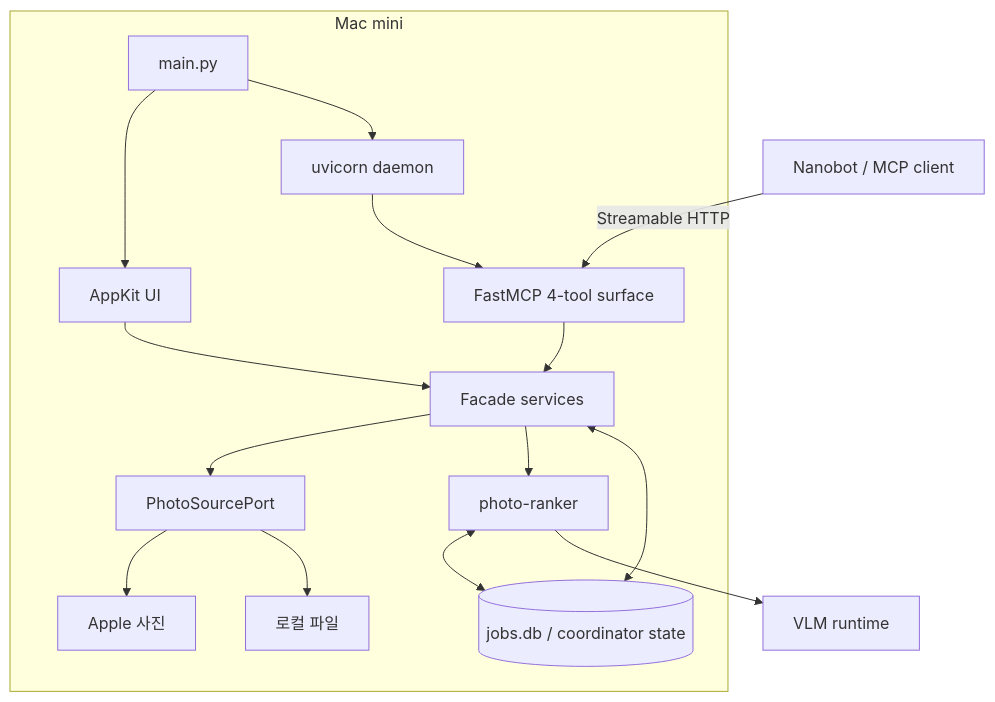
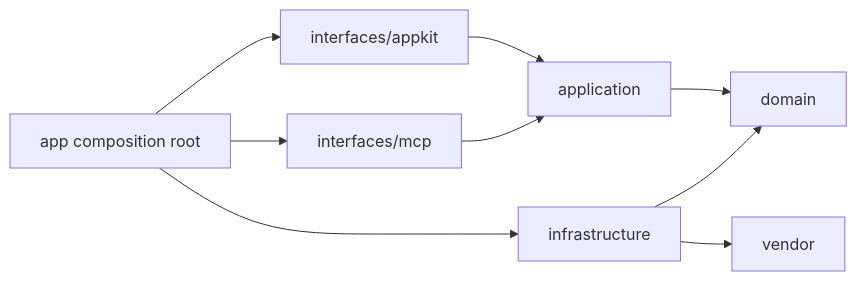
One commit to la9527/my-mcp-servers changed the diagram in photos-mcp/docs/04-architecture/README.md. Above: the diagram before and after it, drawn with Mermaid. The commit also changed other lines of this file and 6 other files, not shown here.

Commit message:
docs(photos-mcp): record refactor architecture and validation

````diff
--- a/photos-mcp/docs/04-architecture/README.md
+++ b/photos-mcp/docs/04-architecture/README.md
@@ -22,28 +24,11 @@
 ```mermaid
-flowchart TB
-    subgraph Mac["Mac mini"]
-        ENTRY["main.py"]
-        UI["AppKit UI"]
-        DAEMON["uvicorn daemon"]
-        MCP["FastMCP 4-tool surface"]
-        FACADE["Facade services"]
-        SOURCE["PhotoSourcePort"]
-        RANKER["photo-ranker"]
-        STORE[("jobs.db / coordinator state")]
-        APPLE["Apple 사진"]
-        FILES["로컬 파일"]
-    end
-    CLIENT["Nanobot / MCP client"] -->|Streamable HTTP| MCP
-    ENTRY --> UI
-    ENTRY --> DAEMON
-    DAEMON --> MCP
-    UI --> FACADE
-    MCP --> FACADE
-    FACADE --> SOURCE
-    FACADE --> RANKER
-    SOURCE --> APPLE
-    SOURCE --> FILES
-    FACADE <--> STORE
-    RANKER <--> STORE
-    RANKER --> VLM["VLM runtime"]
+flowchart LR
+    ROOT["app composition root"] --> UI["interfaces/appkit"]
+    ROOT --> MCP["interfaces/mcp"]
+    ROOT --> INFRA["infrastructure"]
+    UI --> USECASE["application"]
+    MCP --> USECASE
+    USECASE --> DOMAIN["domain"]
+    INFRA --> DOMAIN
+    INFRA --> VENDOR["vendor"]
 ```
````
